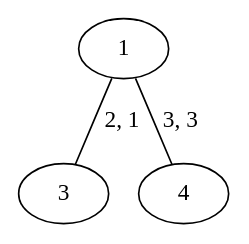
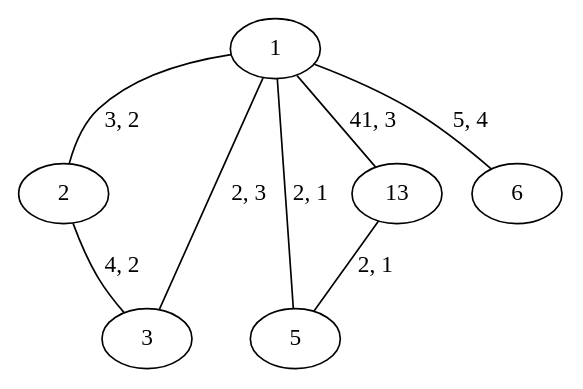
The diagram in alg_KURS/input.dot (IlyaFedoroff/alg_KURS), drawn with Graphviz before and after one commit. The commit also changed 9 other files, not shown here.

```diff
--- a/alg_KURS/input.dot
+++ b/alg_KURS/input.dot
@@ -1,4 +1,9 @@
 graph G {
-  1 -- 3 [label="2, 1"];
-  1 -- 4 [label="3, 3"];
+  1 -- 2 [label="3, 2"];
+  1 -- 3 [label="2, 3"];
+  1 -- 5 [label="2, 1"];
+  1 -- 13 [label="41, 3"];
+  1 -- 6 [label="5, 4"];
+  2 -- 3 [label="4, 2"];
+  13 -- 5 [label="2, 1"];
 }
```
